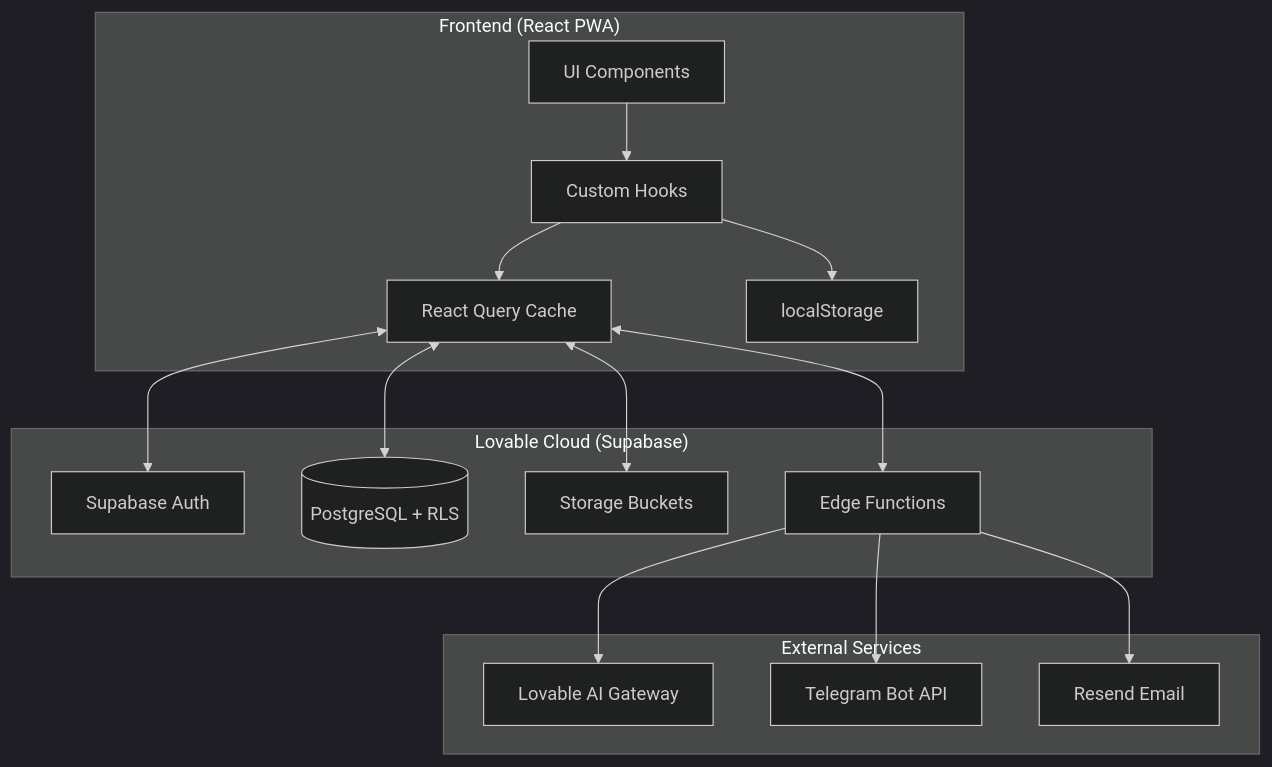
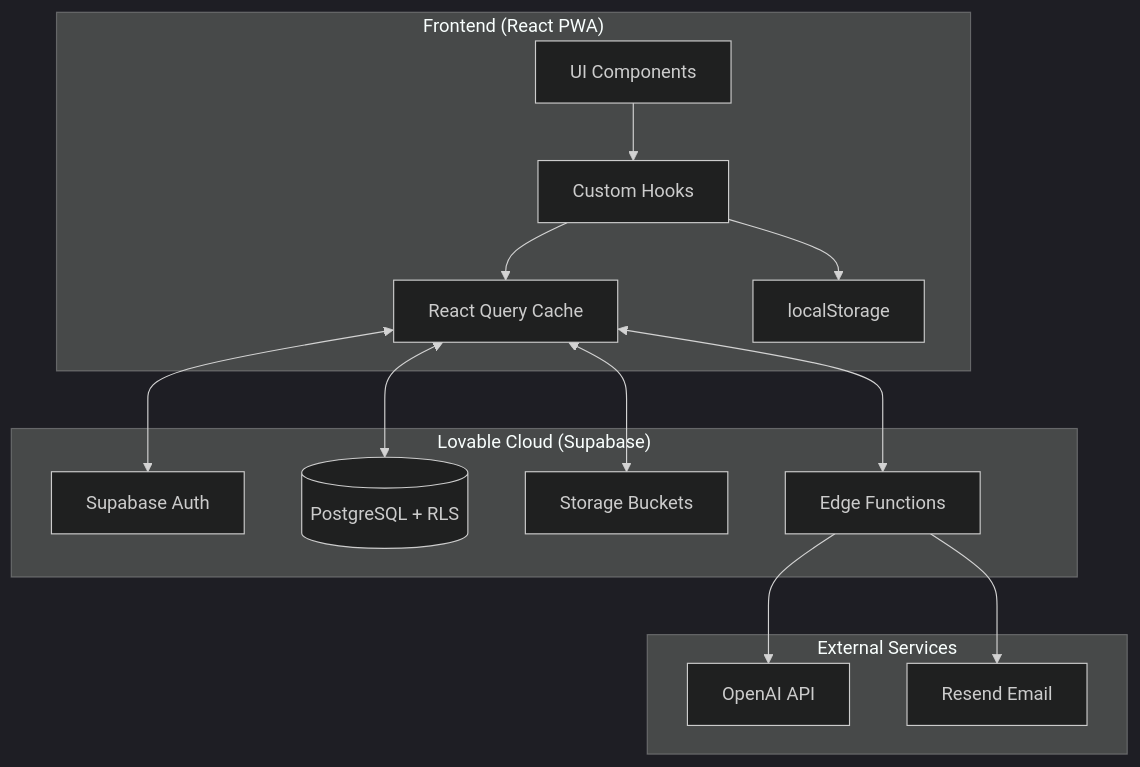
The first of 6 diagrams in README.md (Imdavid21/reptrack), drawn with Mermaid (dark theme) before and after one commit. The commit also changed other lines of this file, not shown here.

````diff
--- a/README.md
+++ b/README.md
@@ -142,33 +160,31 @@
 ```mermaid
 flowchart TB
     subgraph Client["Frontend (React PWA)"]
         UI[UI Components]
         Hooks[Custom Hooks]
         RQ[React Query Cache]
         LS[localStorage]
     end
 
     subgraph Backend["Lovable Cloud (Supabase)"]
         Auth[Supabase Auth]
         DB[(PostgreSQL + RLS)]
         Storage[Storage Buckets]
         Edge[Edge Functions]
     end
 
     subgraph External["External Services"]
-        AI[Lovable AI Gateway]
-        TG[Telegram Bot API]
-        RS[Resend Email]
+        OAI[OpenAI API]
+        RE[Resend Email]
     end
 
     UI --> Hooks
     Hooks --> RQ
     Hooks --> LS
     RQ <--> Auth
     RQ <--> DB
     RQ <--> Storage
     RQ <--> Edge
-    Edge --> AI
-    Edge --> TG
-    Edge --> RS
+    Edge --> OAI
+    Edge --> RE
 ```
````
